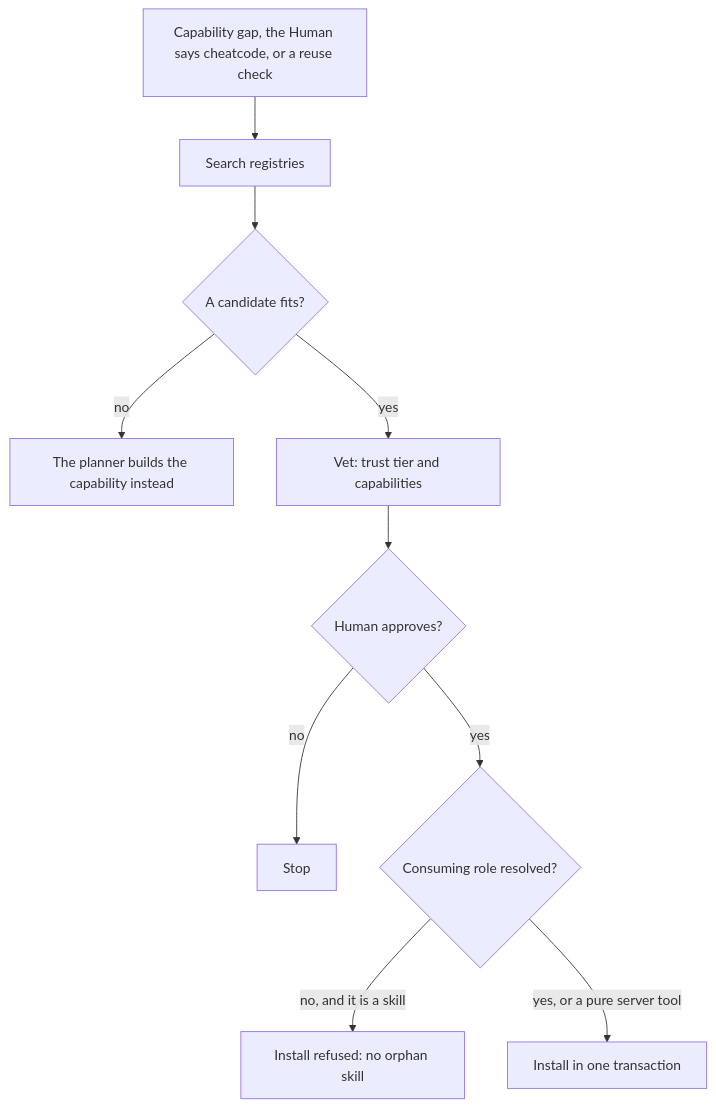
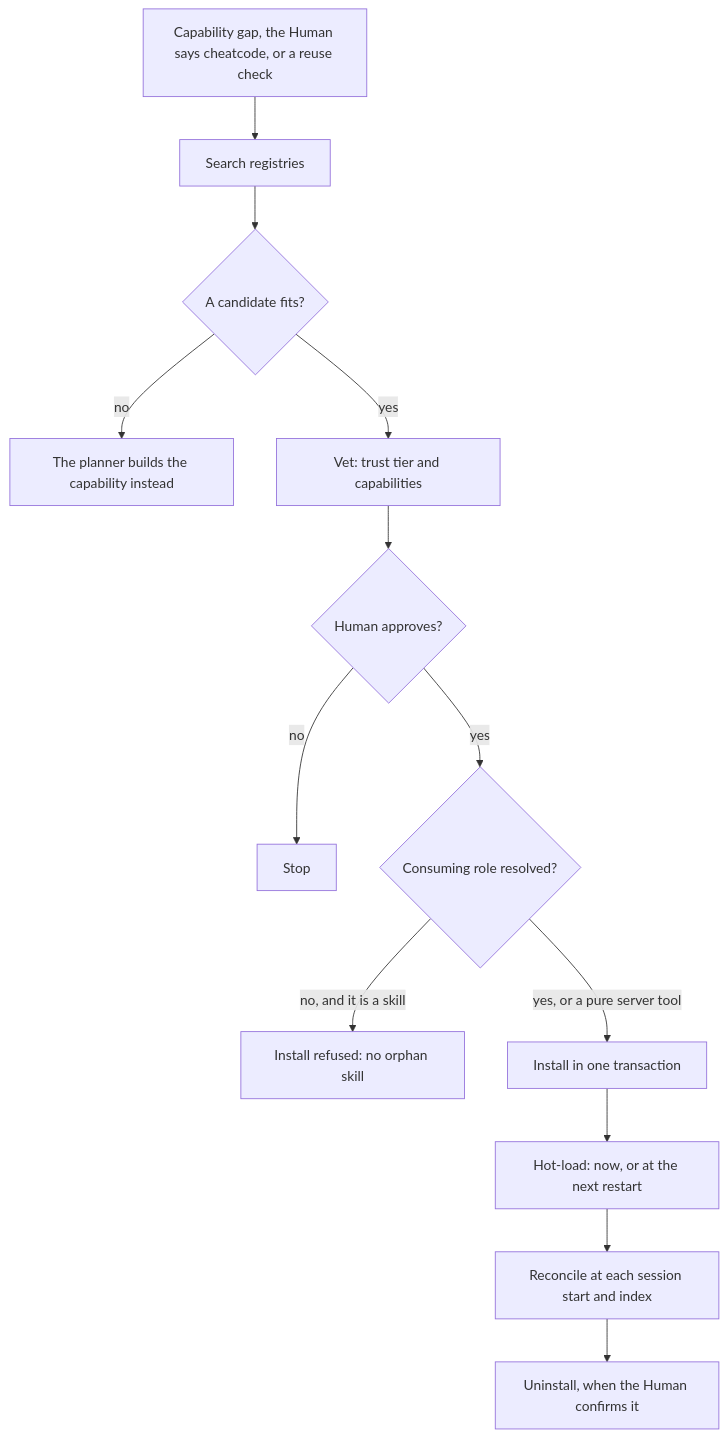
Before and after one commit to trustmybot/tmb: the third of 5 diagrams in docs/flows/4_EXTENDING.md, drawn with Mermaid. The commit also changed other lines of this file and 26 other files, not shown here.

First line of the commit message:
📝 docs: shorten every page to its own area, split the two schemas into detail pages

````diff
--- a/docs/flows/4_EXTENDING.md
+++ b/docs/flows/4_EXTENDING.md
@@ -87,12 +71,15 @@
 ```mermaid
 flowchart TD
     A["Capability gap, the Human says cheatcode, or a reuse check"] --> S[Search registries]
     S --> F{A candidate fits?}
     F -- no --> B[The planner builds the capability instead]
     F -- yes --> V["Vet: trust tier and capabilities"]
     V --> H{Human approves?}
     H -- no --> Z[Stop]
     H -- yes --> T{Consuming role resolved?}
     T -- "no, and it is a skill" --> X["Install refused: no orphan skill"]
     T -- "yes, or a pure server tool" --> I[Install in one transaction]
+    I --> L["Hot-load: now, or at the next restart"]
+    L --> C[Reconcile at each session start and index]
+    C --> U["Uninstall, when the Human confirms it"]
 ```
````
